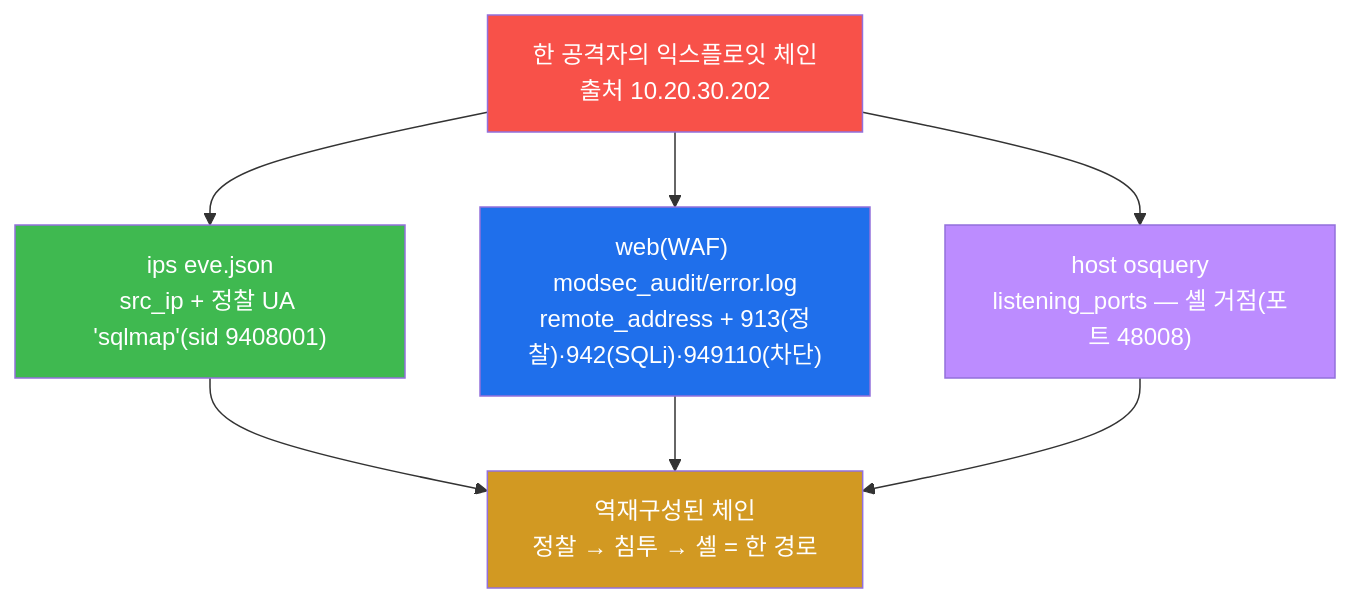
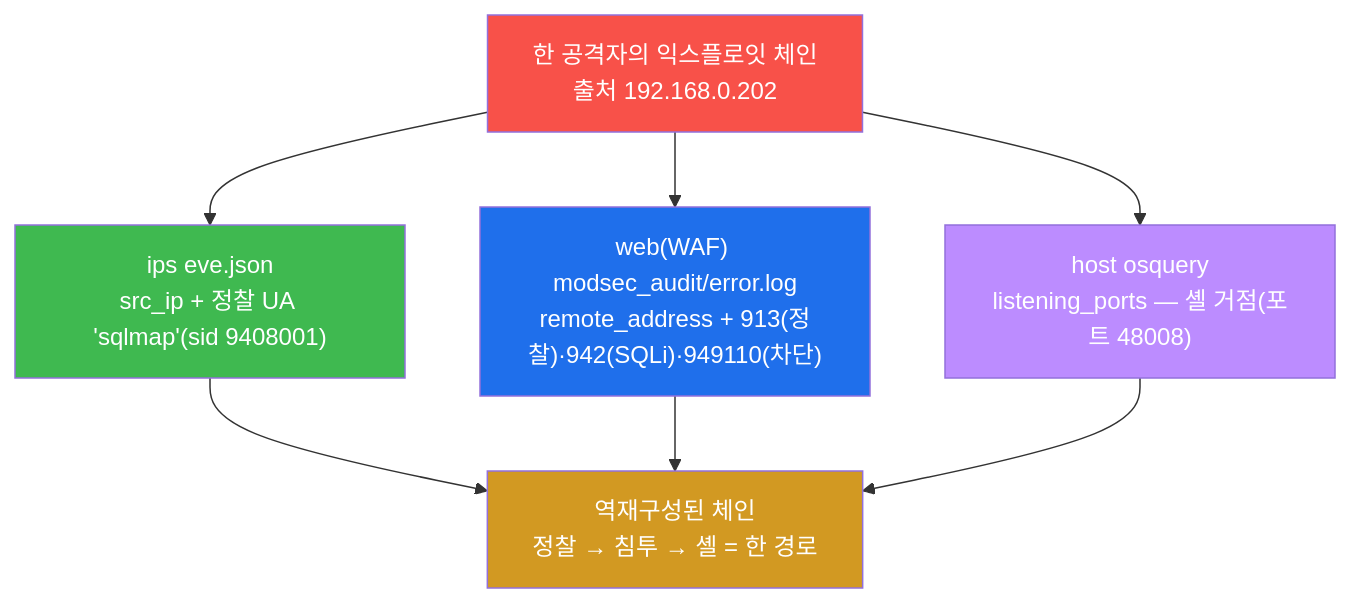
The eighth of 10 diagrams in contents/training/attack/lecture_week08.md (mrgrit/tw2), drawn with Mermaid before and after one commit. The commit also changed other lines of this file and 304 other files, not shown here.

````diff
--- a/contents/training/attack/lecture_week08.md
+++ b/contents/training/attack/lecture_week08.md
@@ -510,19 +510,19 @@
 ```mermaid
 graph TD
-    EVENT["한 공격자의 익스플로잇 체인<br/>출처 10.20.30.202"]
+    EVENT["한 공격자의 익스플로잇 체인<br/>출처 192.168.0.202"]
     IPS["ips eve.json<br/>src_ip + 정찰 UA 'sqlmap'(sid 9408001)"]
     WEB["web(WAF) modsec_audit/error.log<br/>remote_address + 913(정찰)·942(SQLi)·949110(차단)"]
     HOST["host osquery<br/>listening_ports — 셸 거점(포트 48008)"]
     CHAIN["역재구성된 체인<br/>정찰 → 침투 → 셸 = 한 경로"]
     EVENT --> IPS
     EVENT --> WEB
     EVENT --> HOST
     IPS --> CHAIN
     WEB --> CHAIN
     HOST --> CHAIN
     style EVENT fill:#f85149,color:#fff
     style IPS fill:#3fb950,color:#fff
     style WEB fill:#1f6feb,color:#fff
     style HOST fill:#bc8cff,color:#fff
     style CHAIN fill:#d29922,color:#fff
 ```
````
